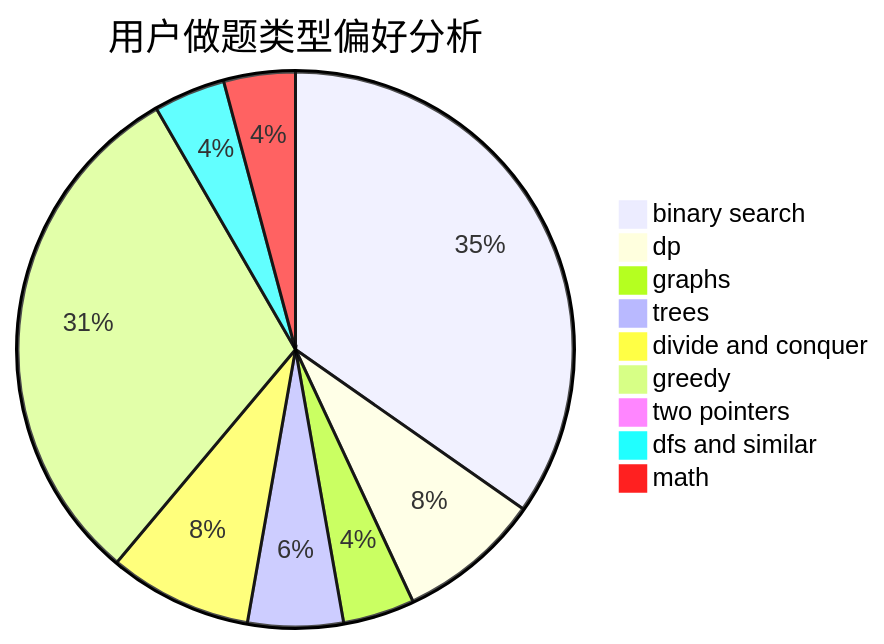
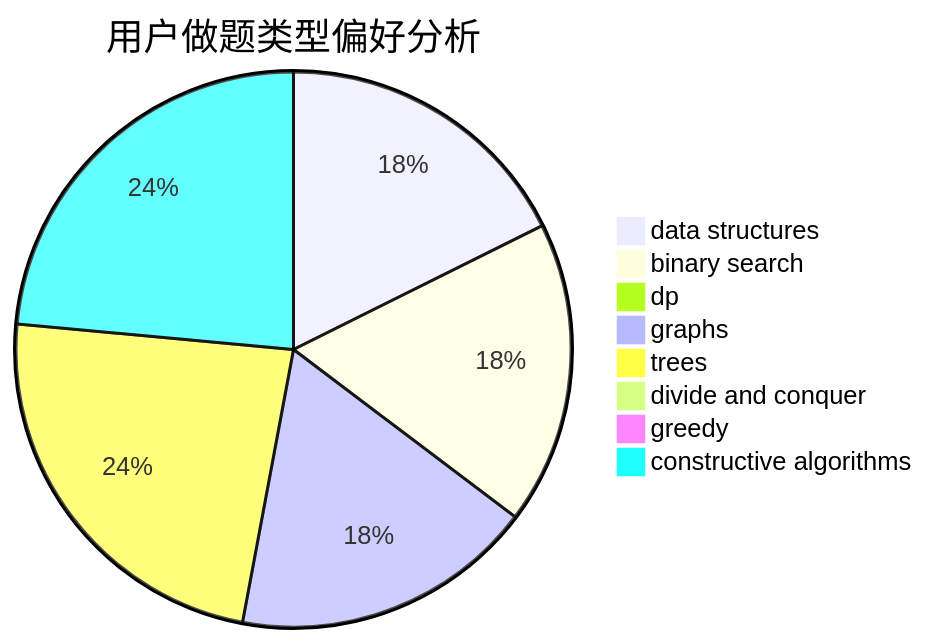
The second of 3 diagrams in docs/user/u300.md (sherpahu/cfrs.github.io), drawn with Mermaid before and after one commit. The commit also changed other lines of this file and 2775 other files, not shown here.

````diff
--- a/docs/user/u300.md
+++ b/docs/user/u300.md
@@ -23,12 +23,11 @@
 ```mermaid
 pie title 用户做题类型偏好分析
-    "binary search" :  25
-    "dp" :  6
+    "data structures" :  3
+    "binary search" :  3
+    "dp" :  0
     "graphs" :  3
     "trees" :  4
-    "divide and conquer" :  6
-    "greedy" :  22
-    "two pointers" :  0
-    "dfs and similar" :  3
-    "math" :  3
+    "divide and conquer" :  0
+    "greedy" :  0
+    "constructive algorithms" :  4
 ```
````
